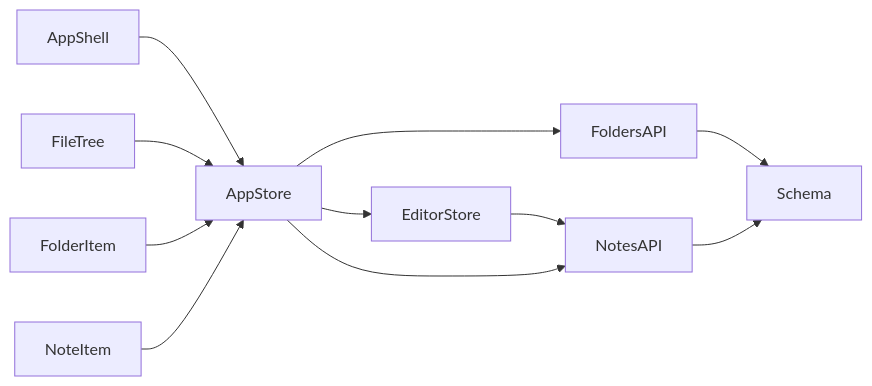
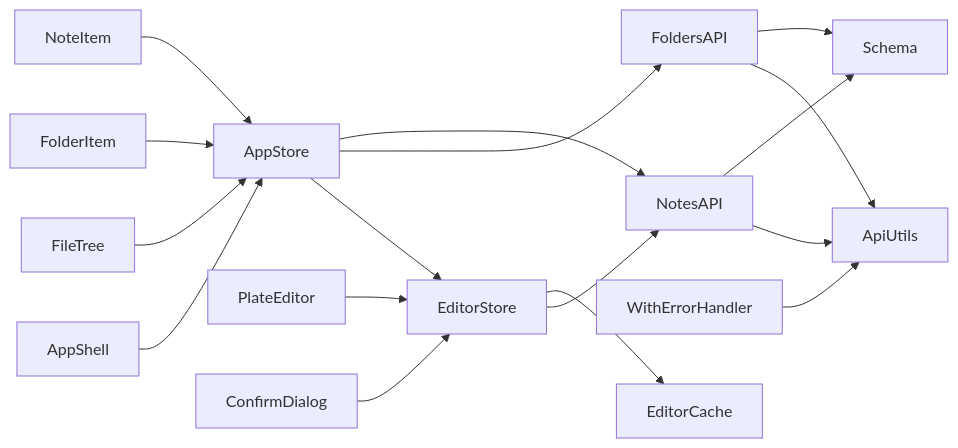
One commit to BlackBoxRecorder/uninote changed the fifth of 5 diagrams in .qoder/repowiki/zh/content/状态管理/全局应用状态.md. Above: the diagram before and after it, drawn with Mermaid. The commit also changed other lines of this file and 9 other files, not shown here.

````diff
--- a/.qoder/repowiki/zh/content/状态管理/全局应用状态.md
+++ b/.qoder/repowiki/zh/content/状态管理/全局应用状态.md
@@ -267,13 +322,19 @@
 ```mermaid
 graph LR
 AppShell --> AppStore
 FileTree --> AppStore
 FolderItem --> AppStore
 NoteItem --> AppStore
+PlateEditor --> EditorStore
+ConfirmDialog --> EditorStore
 AppStore --> EditorStore
 EditorStore --> NotesAPI
 AppStore --> FoldersAPI
 AppStore --> NotesAPI
+WithErrorHandler --> ApiUtils
+FoldersAPI --> ApiUtils
+NotesAPI --> ApiUtils
 FoldersAPI --> Schema
 NotesAPI --> Schema
+EditorStore --> EditorCache
 ```
````
